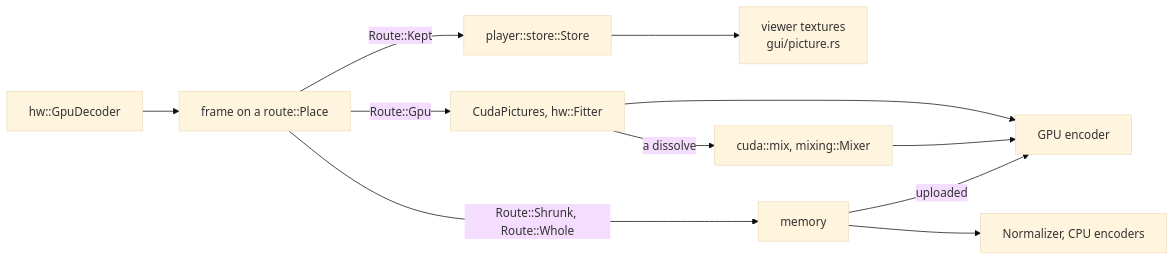
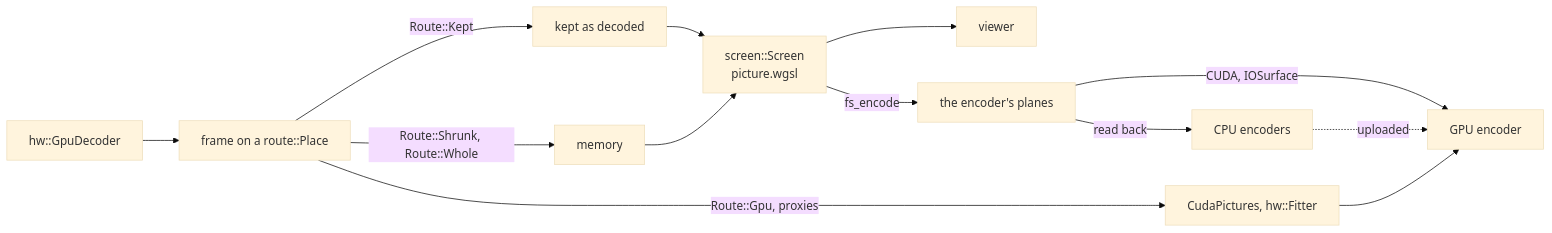
Before and after one commit to oittaa/vidcut: the diagram in docs/design/gpu.md, drawn with Mermaid (base theme). The commit also changed other lines of this file and 61 other files, not shown here.

````diff
--- a/docs/design/gpu.md
+++ b/docs/design/gpu.md
@@ -8,13 +8,15 @@
 ```mermaid
 flowchart LR
   dec["hw::GpuDecoder"] --> frame["frame on a route::Place"]
-  frame -->|"Route::Kept"| store["player::store::Store"]
-  store --> shown["viewer textures<br>gui/picture.rs"]
-  frame -->|"Route::Gpu"| fitted["CudaPictures, hw::Fitter"]
-  fitted -->|"a dissolve"| mixed["cuda::mix, mixing::Mixer"]
-  fitted --> genc["GPU encoder"]
-  mixed --> genc
+  frame -->|"Route::Kept"| kept["kept as decoded"]
   frame -->|"Route::Shrunk, Route::Whole"| mem["memory"]
-  mem --> cpu["Normalizer, CPU encoders"]
-  mem -->|"uploaded"| genc
+  kept --> screen["screen::Screen<br>picture.wgsl"]
+  mem --> screen
+  screen --> shown["viewer"]
+  screen -->|"fs_encode"| planes["the encoder's planes"]
+  planes -->|"CUDA, IOSurface"| genc["GPU encoder"]
+  planes -->|"read back"| cpu["CPU encoders"]
+  cpu -.->|"uploaded"| genc
+  frame -->|"Route::Gpu, proxies"| fitted["CudaPictures, hw::Fitter"]
+  fitted --> genc
 ```
````
